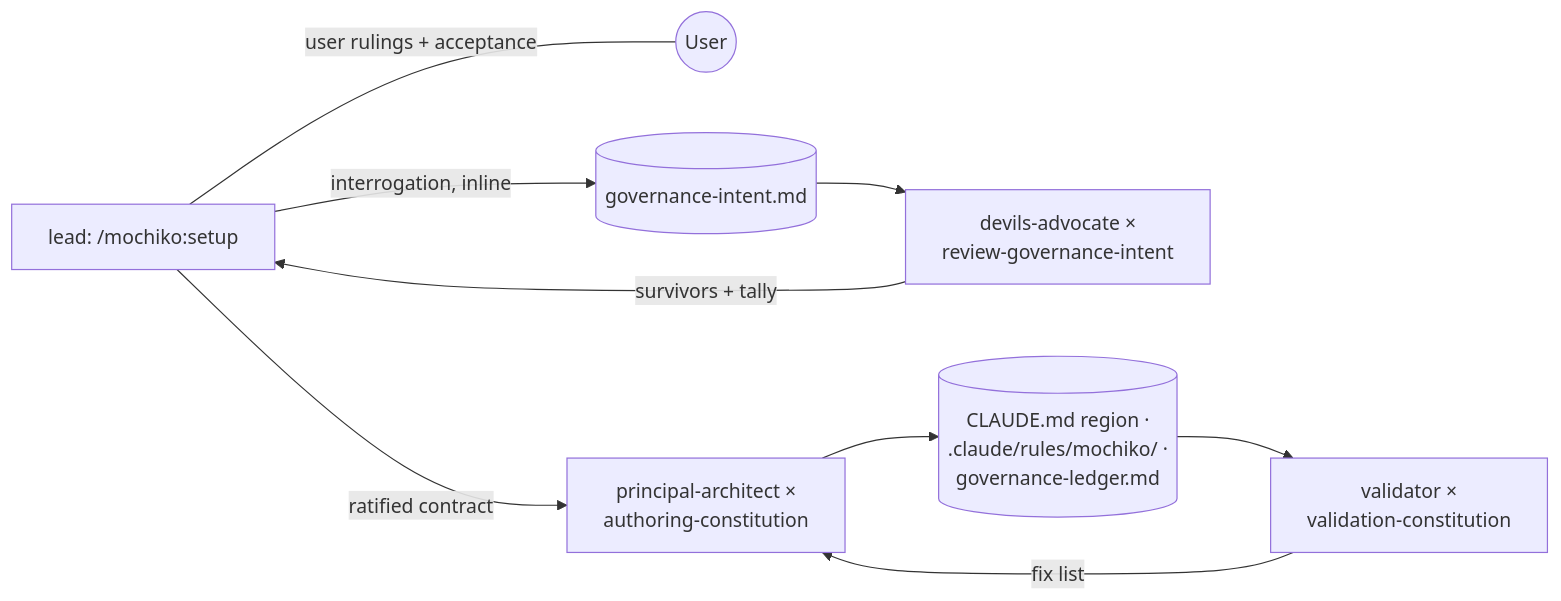
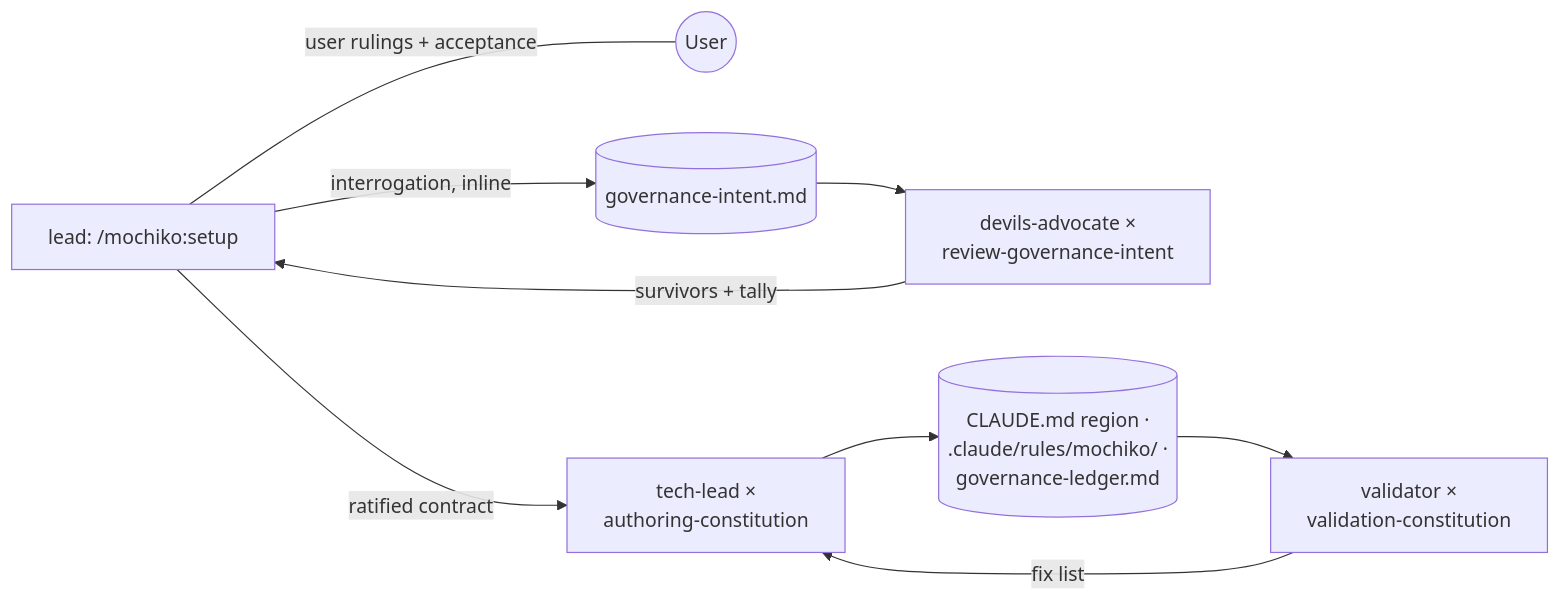
Before and after one commit to humaninloop-dev/mochiko: the third of 7 diagrams in ARCHITECTURE.md, drawn with Mermaid. The commit also changed other lines of this file and 48 other files, not shown here.

First line of the commit message:
Combined build wave v0.67.0: plan-the-plan gate + architect rotation + remove-shaped review posture

````diff
--- a/ARCHITECTURE.md
+++ b/ARCHITECTURE.md
@@ -110,13 +110,13 @@
 ```mermaid
 flowchart LR
   lead["lead: /mochiko:setup"]
   user(("User"))
   reviewers["devils-advocate ×<br/>review-governance-intent"]
-  producer["principal-architect ×<br/>authoring-constitution"]
+  producer["tech-lead ×<br/>authoring-constitution"]
   validator["validator ×<br/>validation-constitution"]
   lead -->|"interrogation, inline"| synthesis[("governance-intent.md")]
   synthesis --> reviewers -->|"survivors + tally"| lead
   lead -->|"ratified contract"| producer --> surfaces[("CLAUDE.md region ·<br/>.claude/rules/mochiko/ ·<br/>governance-ledger.md")]
   surfaces --> validator -->|"fix list"| producer
   lead ---|"user rulings + acceptance"| user
 ```
````
